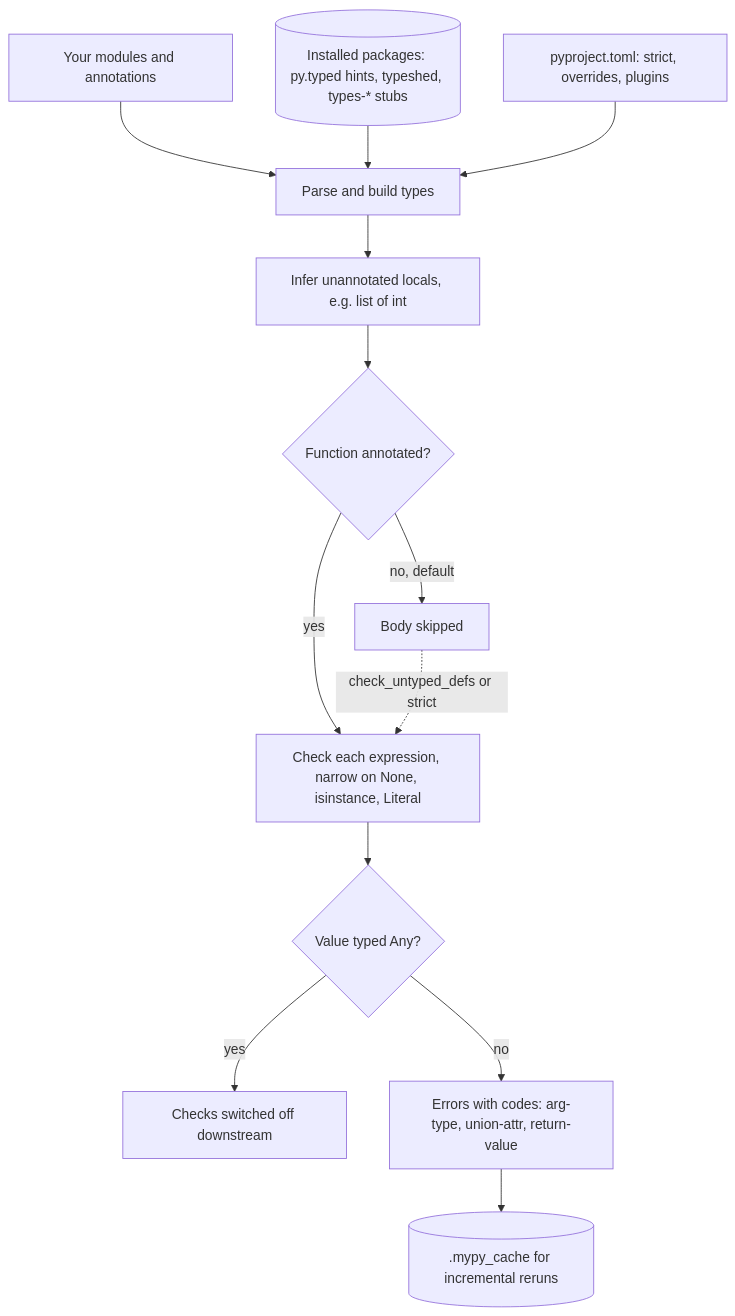
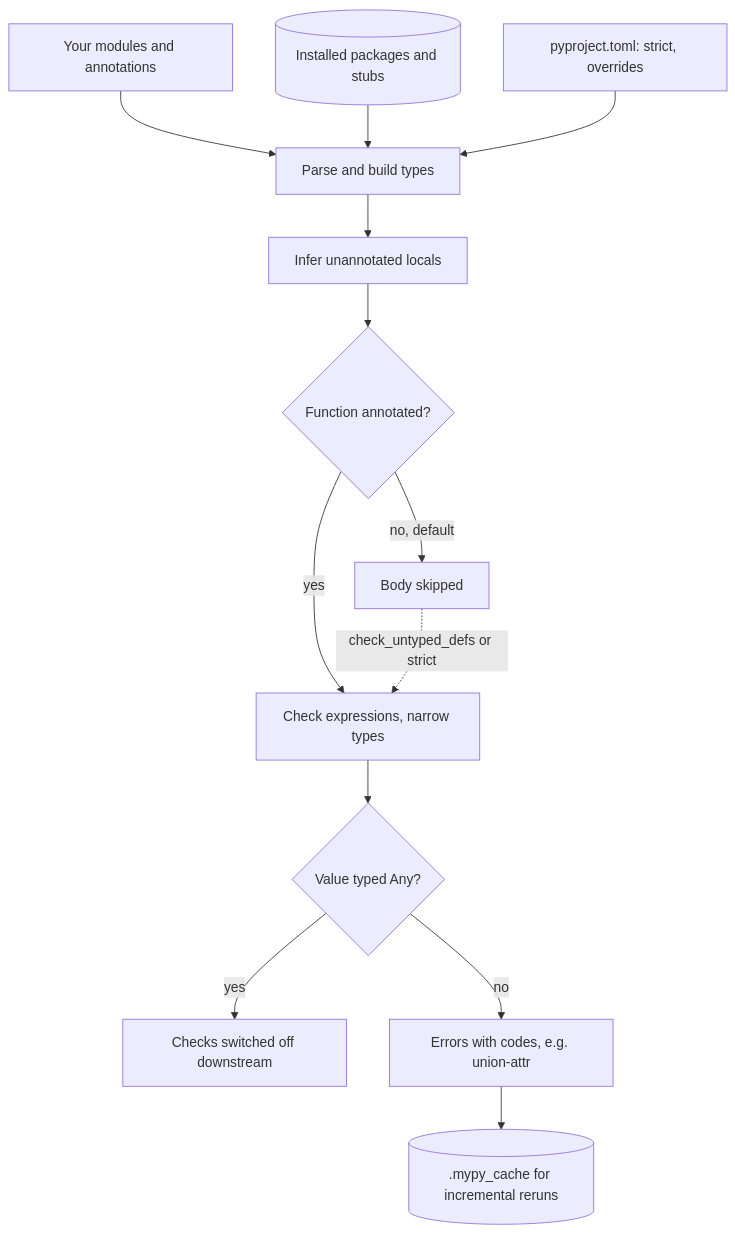
Before and after one commit to lovishmahajan97/agentic-learning: the diagram in content/python-for-ai/mypy.md, drawn with Mermaid. The commit also changed other lines of this file and 454 other files, not shown here.

````diff
--- a/content/python-for-ai/mypy.md
+++ b/content/python-for-ai/mypy.md
@@ -152,15 +153,15 @@
 ```mermaid
 flowchart TD
     SRC["Your modules and annotations"] --> P["Parse and build types"]
-    PKG[("Installed packages: py.typed hints, typeshed, types-* stubs")] --> P
-    CFG["pyproject.toml: strict, overrides, plugins"] --> P
-    P --> I["Infer unannotated locals, e.g. list of int"]
+    PKG[("Installed packages and stubs")] --> P
+    CFG["pyproject.toml: strict, overrides"] --> P
+    P --> I["Infer unannotated locals"]
     I --> Q{"Function annotated?"}
     Q -->|"no, default"| SK["Body skipped"]
-    Q -->|"yes"| C["Check each expression, narrow on None, isinstance, Literal"]
+    Q -->|"yes"| C["Check expressions, narrow types"]
     C --> A{"Value typed Any?"}
     A -->|"yes"| SL["Checks switched off downstream"]
-    A -->|"no"| E["Errors with codes: arg-type, union-attr, return-value"]
+    A -->|"no"| E["Errors with codes, e.g. union-attr"]
     SK -.->|"check_untyped_defs or strict"| C
     E --> CA[(".mypy_cache for incremental reruns")]
 ```
````
